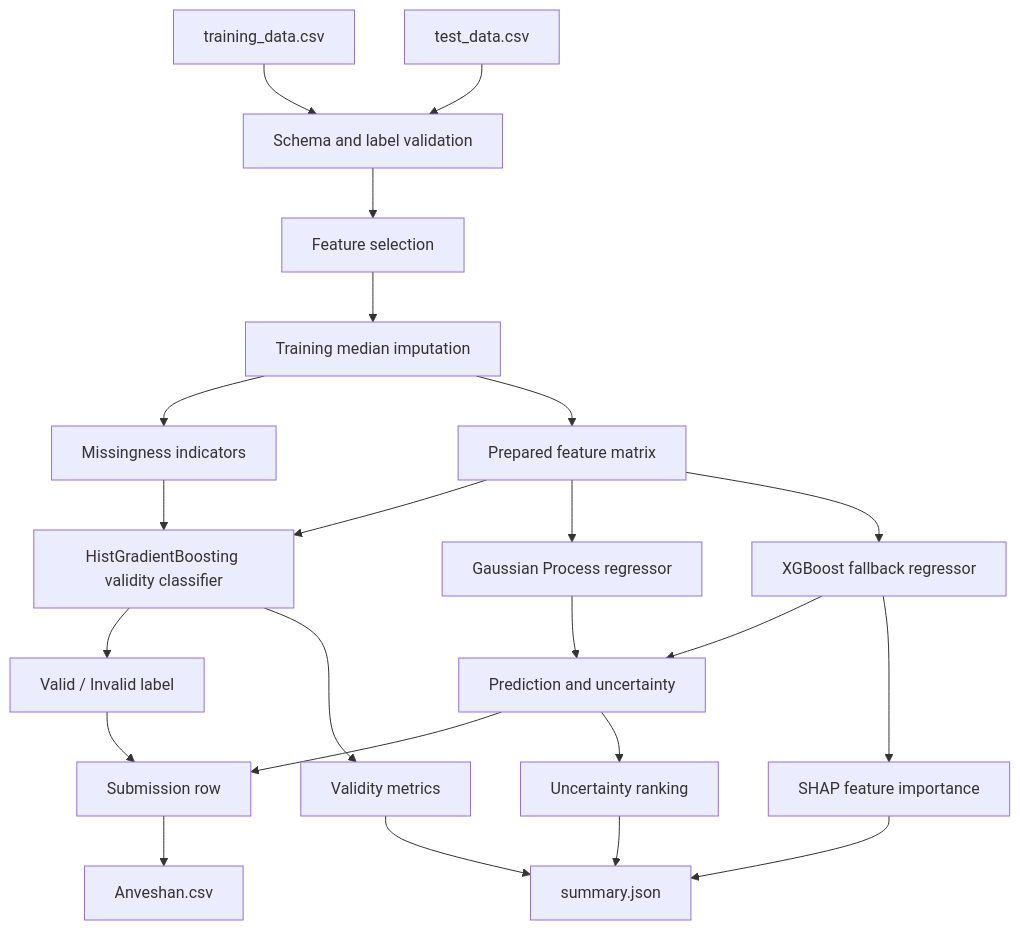
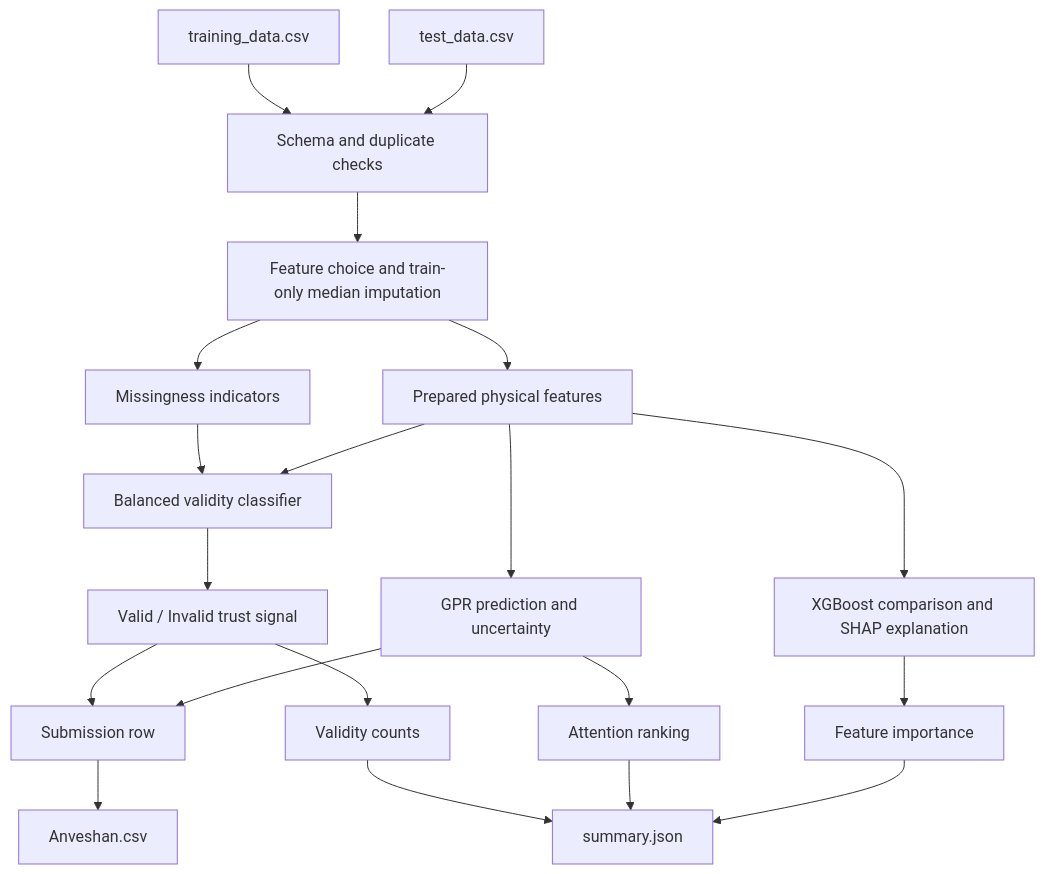
One commit to sharathprime10-coder/mit_hack changed the first of 2 diagrams in ARCHITECTURE.md. Above: the diagram before and after it, drawn with Mermaid. The commit also changed other lines of this file and 4 other files, not shown here.

Commit message:
Humanize Anveshan hackathon submission

````diff
--- a/ARCHITECTURE.md
+++ b/ARCHITECTURE.md
@@ -17,25 +19,22 @@
 ```mermaid
 flowchart TD
-    A[training_data.csv] --> B[Schema and label validation]
+    A[training_data.csv] --> B[Schema and duplicate checks]
     C[test_data.csv] --> B
-    B --> D[Feature selection]
-    D --> E[Training median imputation]
-    E --> F[Missingness indicators]
-    E --> G[Prepared feature matrix]
-    F --> H[HistGradientBoosting validity classifier]
-    G --> H
-    H --> I[Valid / Invalid label]
-    G --> J[Gaussian Process regressor]
-    G --> K[XGBoost fallback regressor]
-    J --> L[Prediction and uncertainty]
-    K --> L
-    I --> M[Submission row]
-    L --> M
-    M --> N[Anveshan.csv]
-    L --> O[Uncertainty ranking]
-    H --> P[Validity metrics]
-    K --> Q[SHAP feature importance]
-    O --> R[summary.json]
-    P --> R
-    Q --> R
+    B --> D[Feature choice and train-only median imputation]
+    D --> E[Missingness indicators]
+    D --> F[Prepared physical features]
+    E --> G[Balanced validity classifier]
+    F --> G
+    G --> H[Valid / Invalid trust signal]
+    F --> I[GPR prediction and uncertainty]
+    F --> J[XGBoost comparison and SHAP explanation]
+    H --> K[Submission row]
+    I --> K
+    K --> L[Anveshan.csv]
+    H --> M[Validity counts]
+    I --> N[Attention ranking]
+    J --> O[Feature importance]
+    M --> P[summary.json]
+    N --> P
+    O --> P
 ```
````
